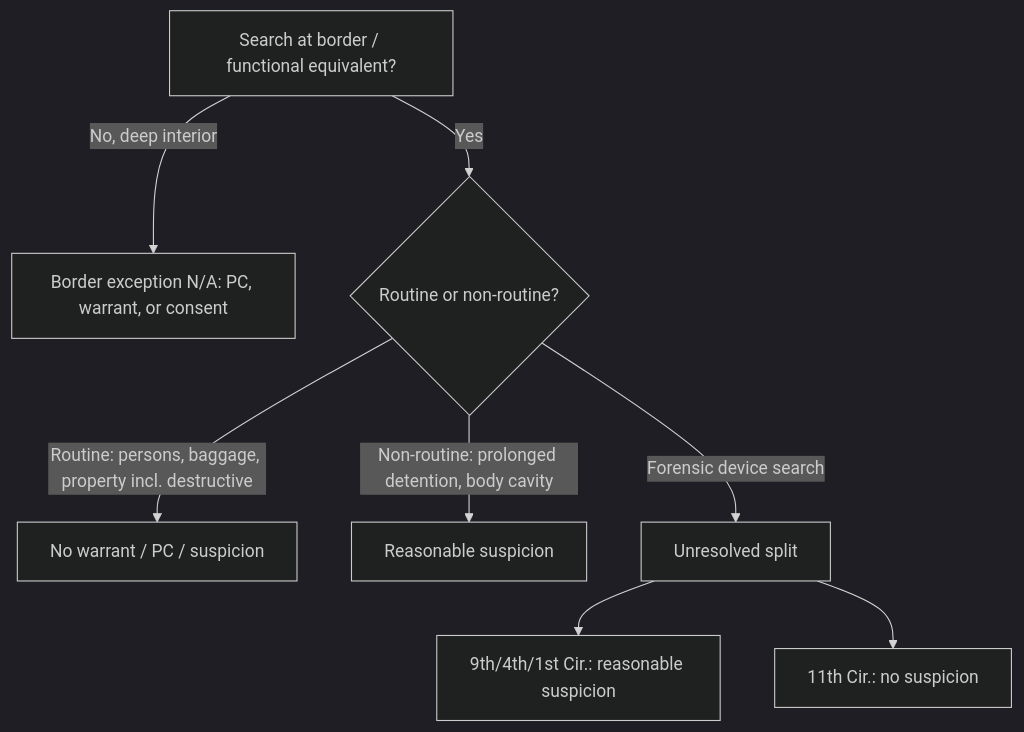
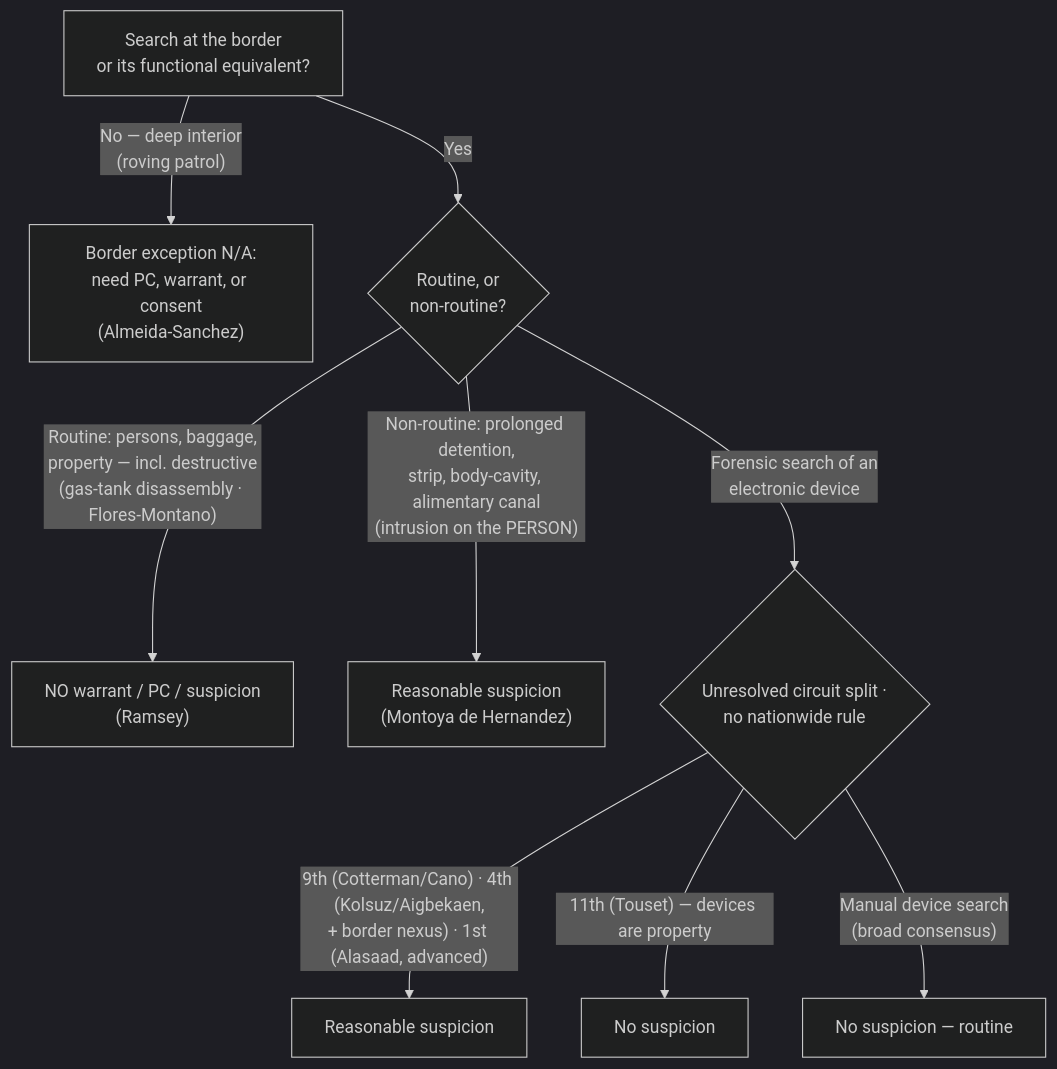
Before and after one commit to Enragedsaturday/cssi: the diagram in content/7-exceptions-warrant/7b-pc-not-needed/Border Searches.md, drawn with Mermaid (dark theme). The commit also changed other lines of this file and 5 other files, not shown here.

````diff
--- a/content/7-exceptions-warrant/7b-pc-not-needed/Border Searches.md
+++ b/content/7-exceptions-warrant/7b-pc-not-needed/Border Searches.md
@@ -72,10 +89,11 @@
 ```mermaid
 flowchart TD
-  A[Search at border / functional equivalent?] -->|No, deep interior| Z[Border exception N/A: PC, warrant, or consent]
-  A -->|Yes| B{Routine or non-routine?}
-  B -->|Routine: persons, baggage, property incl. destructive| C[No warrant / PC / suspicion]
-  B -->|Non-routine: prolonged detention, body cavity| D[Reasonable suspicion]
-  B -->|Forensic device search| E[Unresolved split]
-  E --> F[9th/4th/1st Cir.: reasonable suspicion]
-  E --> G[11th Cir.: no suspicion]
+  A["Search at the border<br/>or its functional equivalent?"] -->|"No — deep interior<br/>(roving patrol)"| Z["Border exception N/A:<br/>need PC, warrant, or consent<br/>(Almeida-Sanchez)"]
+  A -->|Yes| B{"Routine, or<br/>non-routine?"}
+  B -->|"Routine: persons, baggage,<br/>property — incl. destructive<br/>(gas-tank disassembly · Flores-Montano)"| C["NO warrant / PC / suspicion<br/>(Ramsey)"]
+  B -->|"Non-routine: prolonged detention,<br/>strip, body-cavity, alimentary canal<br/>(intrusion on the PERSON)"| D["Reasonable suspicion<br/>(Montoya de Hernandez)"]
+  B -->|"Forensic search of an<br/>electronic device"| E{"Unresolved circuit split ·<br/>no nationwide rule"}
+  E -->|"9th (Cotterman/Cano) · 4th (Kolsuz/Aigbekaen,<br/>+ border nexus) · 1st (Alasaad, advanced)"| F["Reasonable suspicion"]
+  E -->|"11th (Touset) — devices are property"| G["No suspicion"]
+  E -->|"Manual device search<br/>(broad consensus)"| H["No suspicion — routine"]
 ```
````
